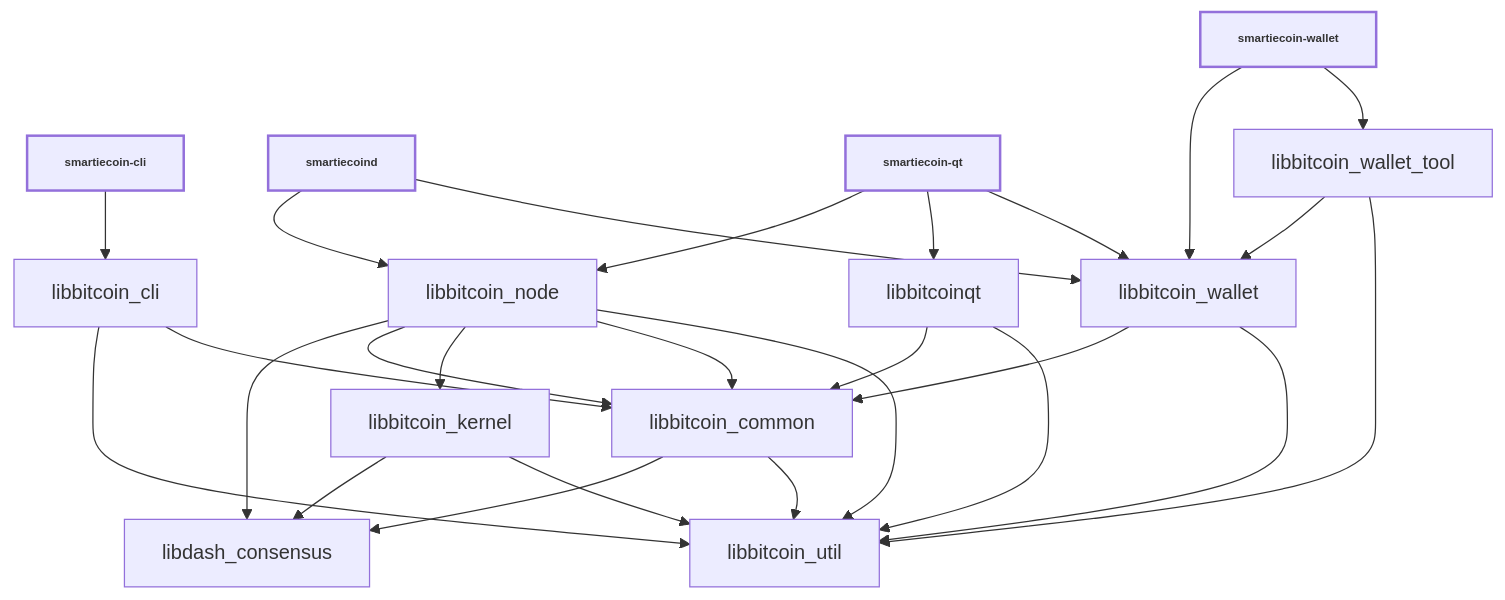
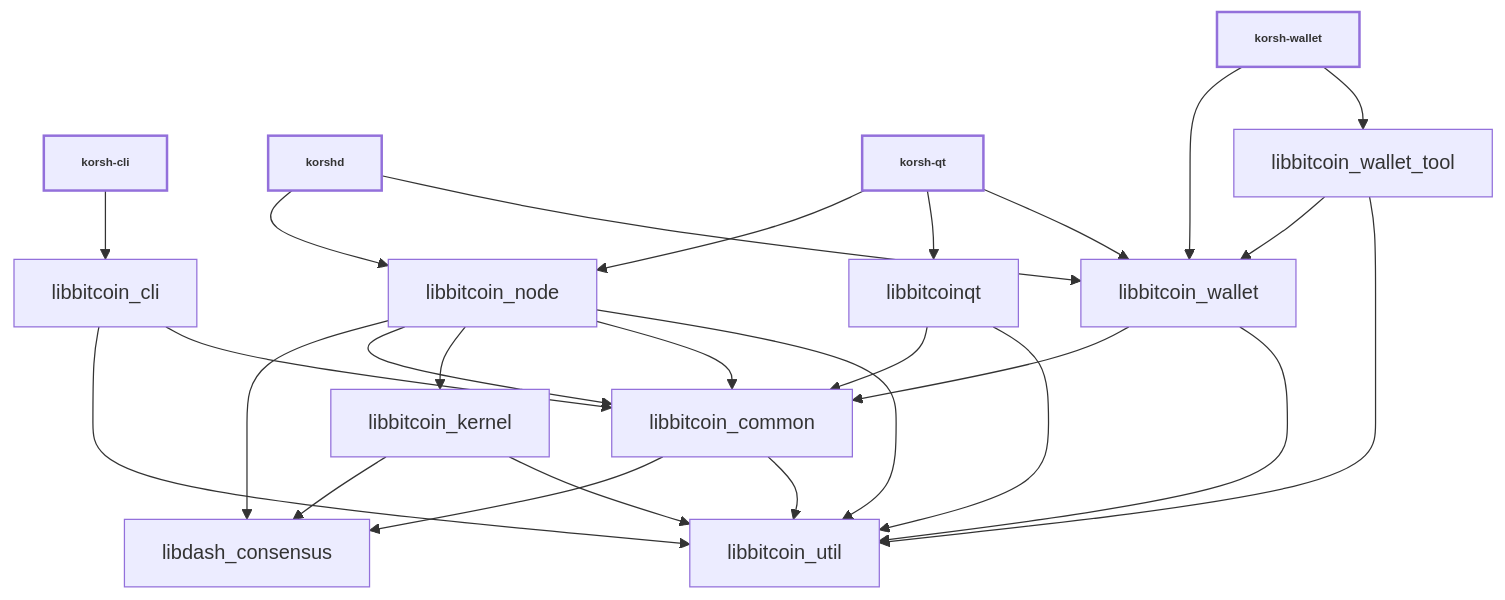
One commit to Korsh-Dev/Korsh-Code-Mainnet changed the diagram in doc/design/libraries.md. Above: the diagram before and after it, drawn with Mermaid. The commit also changed other lines of this file and 648 other files, not shown here.

````diff
--- a/doc/design/libraries.md
+++ b/doc/design/libraries.md
@@ -38,45 +38,45 @@
 ```mermaid
 
 %%{ init : { "flowchart" : { "curve" : "basis" }}}%%
 
 graph TD;
 
-smartiecoin-cli[smartiecoin-cli]-->libbitcoin_cli;
+korsh-cli[korsh-cli]-->libbitcoin_cli;
 
-smartiecoind[smartiecoind]-->libbitcoin_node;
-smartiecoind[smartiecoind]-->libbitcoin_wallet;
+korshd[korshd]-->libbitcoin_node;
+korshd[korshd]-->libbitcoin_wallet;
 
-smartiecoin-qt[smartiecoin-qt]-->libbitcoin_node;
-smartiecoin-qt[smartiecoin-qt]-->libbitcoinqt;
-smartiecoin-qt[smartiecoin-qt]-->libbitcoin_wallet;
+korsh-qt[korsh-qt]-->libbitcoin_node;
+korsh-qt[korsh-qt]-->libbitcoinqt;
+korsh-qt[korsh-qt]-->libbitcoin_wallet;
 
-smartiecoin-wallet[smartiecoin-wallet]-->libbitcoin_wallet;
-smartiecoin-wallet[smartiecoin-wallet]-->libbitcoin_wallet_tool;
+korsh-wallet[korsh-wallet]-->libbitcoin_wallet;
+korsh-wallet[korsh-wallet]-->libbitcoin_wallet_tool;
 
 libbitcoin_cli-->libbitcoin_util;
 libbitcoin_cli-->libbitcoin_common;
 
 libbitcoin_common-->libdash_consensus;
 libbitcoin_common-->libbitcoin_util;
 
 libbitcoin_kernel-->libdash_consensus;
 libbitcoin_kernel-->libbitcoin_util;
 
 libbitcoin_node-->libdash_consensus;
 libbitcoin_node-->libbitcoin_common;
 libbitcoin_node-->libbitcoin_kernel;
 libbitcoin_node-->libbitcoin_common;
 libbitcoin_node-->libbitcoin_util;
 
 libbitcoinqt-->libbitcoin_common;
 libbitcoinqt-->libbitcoin_util;
 
 libbitcoin_wallet-->libbitcoin_common;
 libbitcoin_wallet-->libbitcoin_util;
 
 libbitcoin_wallet_tool-->libbitcoin_wallet;
 libbitcoin_wallet_tool-->libbitcoin_util;
 
 classDef bold stroke-width:2px, font-weight:bold, font-size: smaller;
-class smartiecoin-qt,smartiecoind,smartiecoin-cli,smartiecoin-wallet bold
+class korsh-qt,korshd,korsh-cli,korsh-wallet bold
 ```
````
